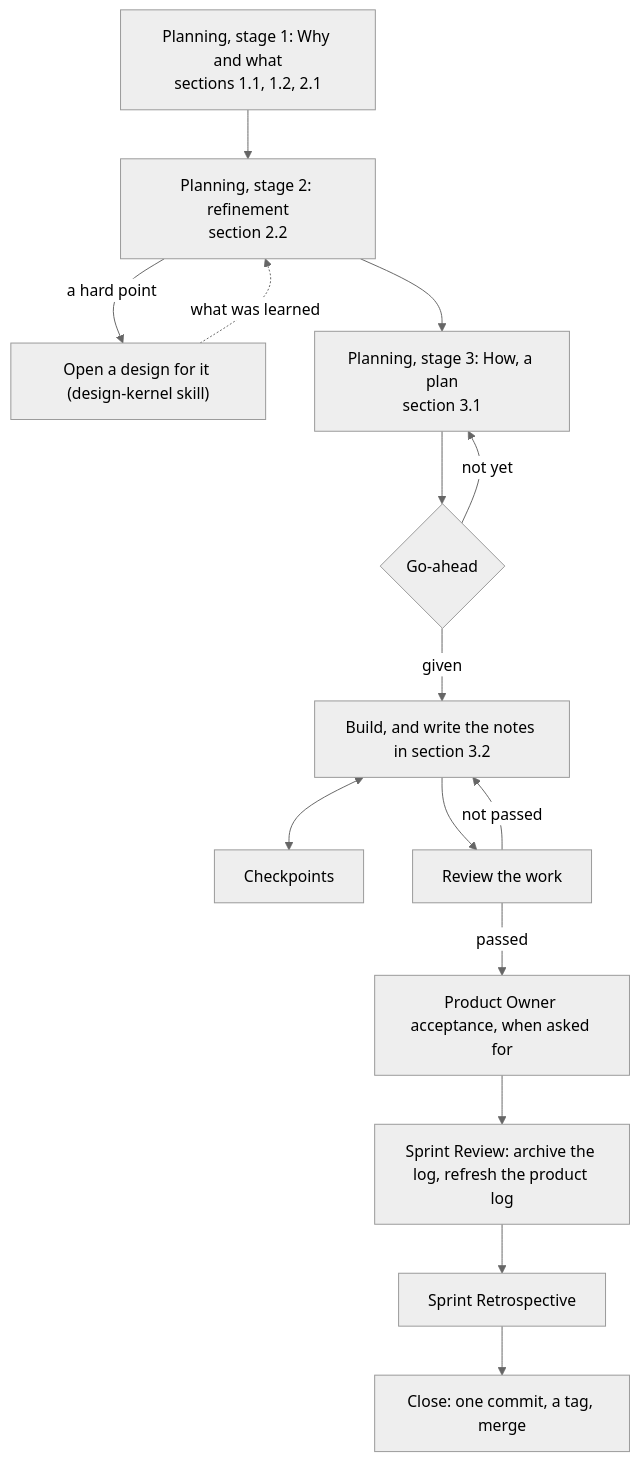
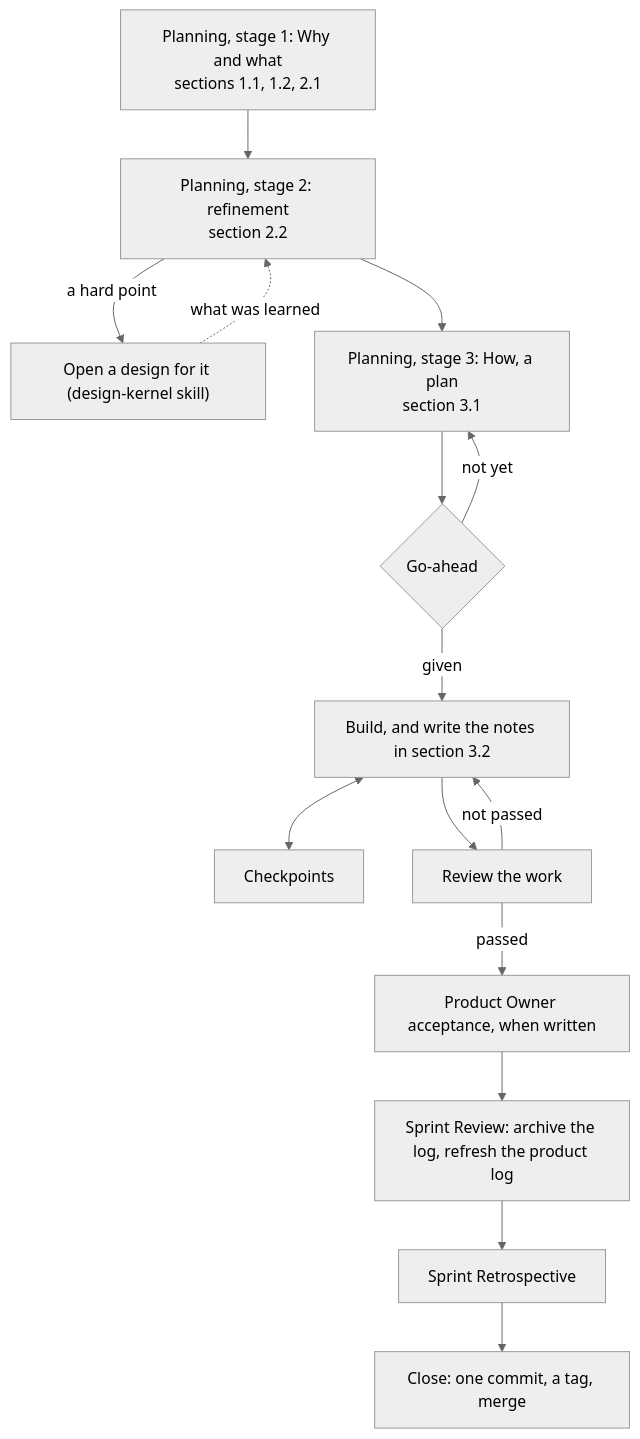
One commit to seapawn1/IDEO-Scrum changed the diagram in plugins/ideo-scrum/skills/scrum-kernel/conventions/sprint-log.md. Above: the diagram before and after it, drawn with Mermaid (neutral theme). The commit also changed other lines of this file and 10 other files, not shown here.

````diff
--- a/plugins/ideo-scrum/skills/scrum-kernel/conventions/sprint-log.md
+++ b/plugins/ideo-scrum/skills/scrum-kernel/conventions/sprint-log.md
@@ -10,17 +10,17 @@
 ```mermaid
 flowchart TD
     S1["Planning, stage 1: Why and what<br/>sections 1.1, 1.2, 2.1"] --> S2["Planning, stage 2: refinement<br/>section 2.2"]
     S2 -- "a hard point" --> D["Open a design for it (design-kernel skill)"]
     D -. "what was learned" .-> S2
     S2 --> S3["Planning, stage 3: How, a plan<br/>section 3.1"]
     S3 --> G{"Go-ahead"}
     G -- "not yet" --> S3
     G -- "given" --> B["Build, and write the notes in section 3.2"]
     B <--> K["Checkpoints"]
     B --> R["Review the work"]
     R -- "not passed" --> B
-    R -- "passed" --> A["Product Owner acceptance, when asked for"]
+    R -- "passed" --> A["Product Owner acceptance, when written"]
     A --> V["Sprint Review: archive the log, refresh the product log"]
     V --> T["Sprint Retrospective"]
     T --> C["Close: one commit, a tag, merge"]
 ```
````
